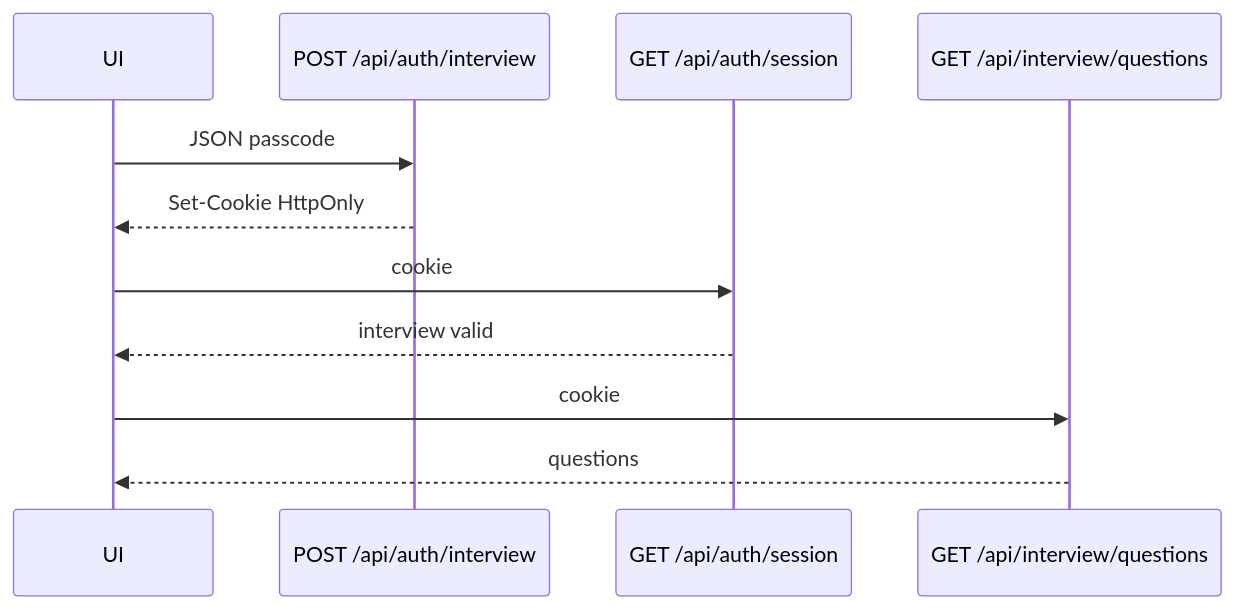
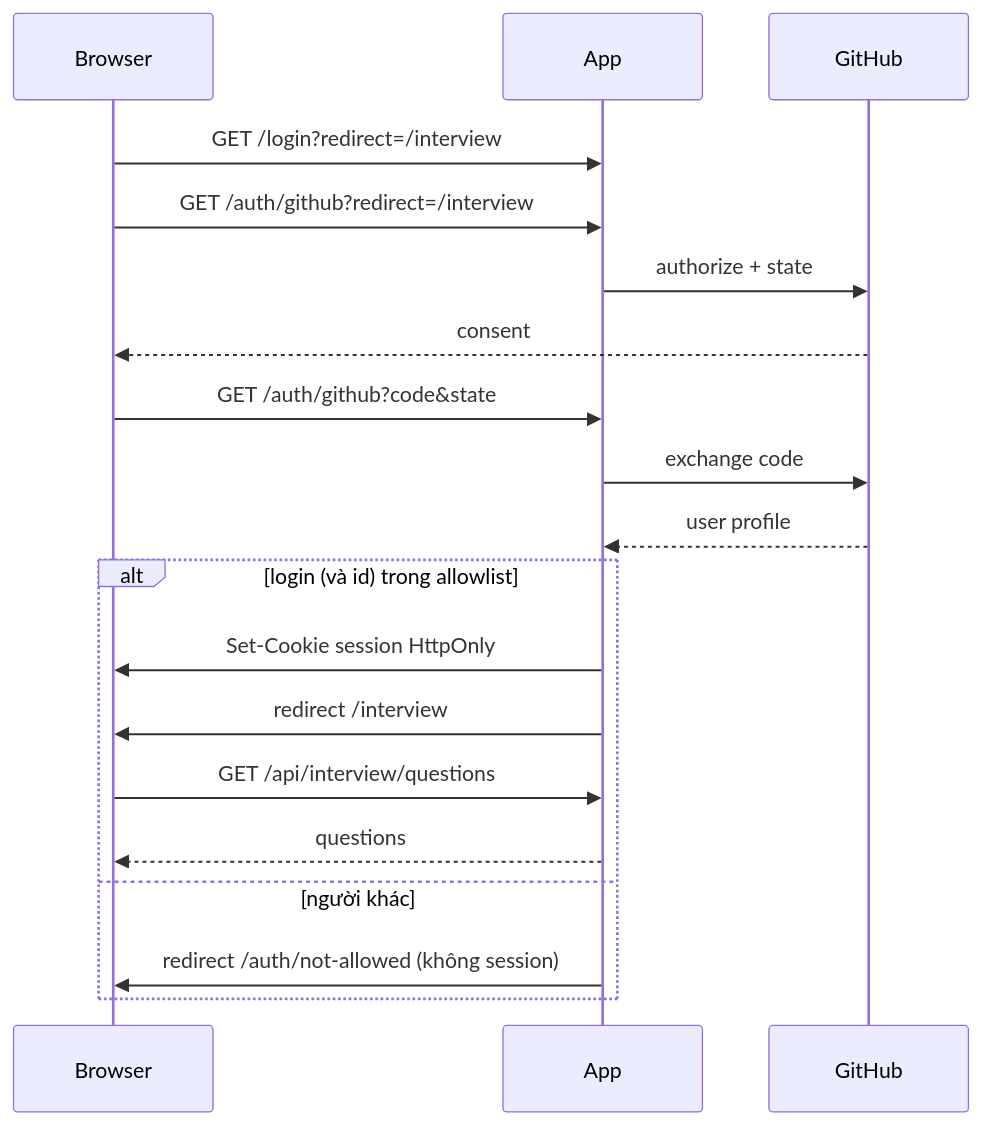
The third of 3 diagrams in README-vi.md (parker2808/interview-senior-fe), drawn with Mermaid before and after one commit. The commit also changed other lines of this file and 65 other files, not shown here.

First line of the commit message:
Replace PIN gates with GitHub OAuth allowlist

````diff
--- a/README-vi.md
+++ b/README-vi.md
@@ -120,13 +137,21 @@
 ```mermaid
 sequenceDiagram
-  participant UI
-  participant Auth as POST /api/auth/interview
-  participant Session as GET /api/auth/session
-  participant Bank as GET /api/interview/questions
-  UI->>Auth: JSON passcode
-  Auth-->>UI: Set-Cookie HttpOnly
-  UI->>Session: cookie
-  Session-->>UI: interview valid
-  UI->>Bank: cookie
-  Bank-->>UI: questions
+  participant Browser
+  participant App
+  participant GitHub
+  Browser->>App: GET /login?redirect=/interview
+  Browser->>App: GET /auth/github?redirect=/interview
+  App->>GitHub: authorize + state
+  GitHub-->>Browser: consent
+  Browser->>App: GET /auth/github?code&state
+  App->>GitHub: exchange code
+  GitHub-->>App: user profile
+  alt login (và id) trong allowlist
+    App->>Browser: Set-Cookie session HttpOnly
+    App->>Browser: redirect /interview
+    Browser->>App: GET /api/interview/questions
+    App-->>Browser: questions
+  else người khác
+    App->>Browser: redirect /auth/not-allowed (không session)
+  end
 ```
````
